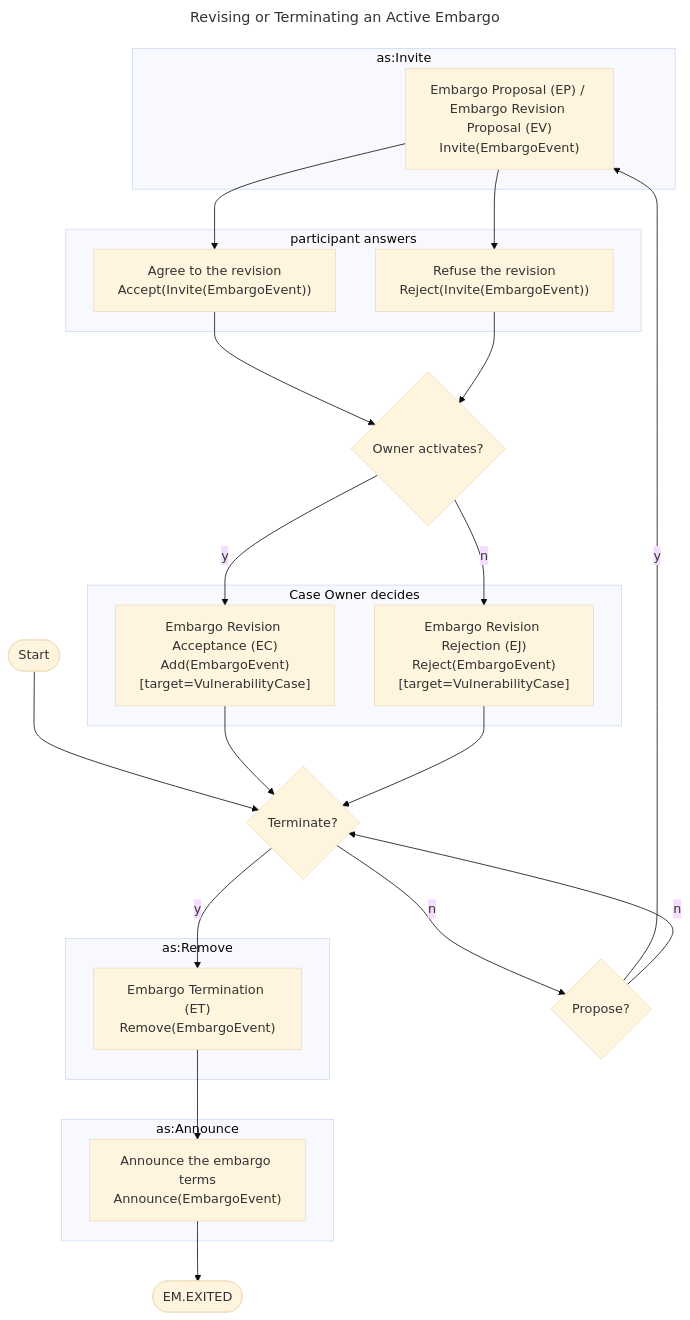
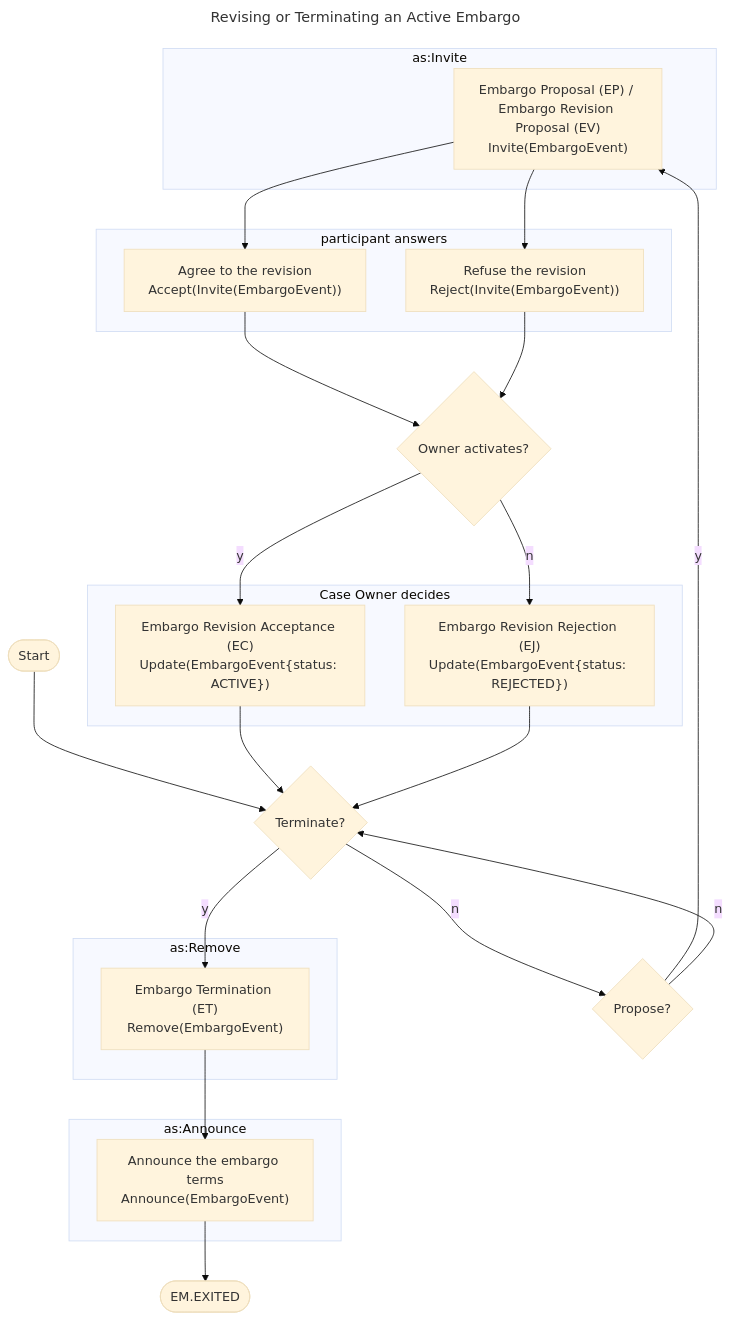
One commit to CERTCC/Vultron changed the diagram in docs/howto/activitypub/activities/manage_embargo.md. Above: the diagram before and after it, drawn with Mermaid (base theme). The commit also changed other lines of this file and 145 other files, not shown here.

First line of the commit message:
feat(embargo): the Case Owner decides a proposal with its own Update of the embargo's status

````diff
--- a/docs/howto/activitypub/activities/manage_embargo.md
+++ b/docs/howto/activitypub/activities/manage_embargo.md
@@ -41,38 +41,38 @@
 ```mermaid
 ---
 title: Revising or Terminating an Active Embargo
 ---
 flowchart TB
     subgraph as:Invite
         EmProposeEmbargo["Embargo Proposal (EP) / Embargo Revision Proposal (EV)<br/>Invite(EmbargoEvent)"]
     end
     subgraph participant answers
         EmAcceptEmbargo["Agree to the revision<br/>Accept(Invite(EmbargoEvent))"]
         EmRejectEmbargo["Refuse the revision<br/>Reject(Invite(EmbargoEvent))"]
     end
     subgraph Case Owner decides
-        ActivateEmbargo["Embargo Revision Acceptance (EC)<br/>Add(EmbargoEvent)[target=VulnerabilityCase]"]
-        RejectEmbargoProposal["Embargo Revision Rejection (EJ)<br/>Reject(EmbargoEvent)[target=VulnerabilityCase]"]
+        ActivateEmbargo["Embargo Revision Acceptance (EC)<br/>Update(EmbargoEvent{status: ACTIVE})"]
+        RejectEmbargoProposal["Embargo Revision Rejection (EJ)<br/>Update(EmbargoEvent{status: REJECTED})"]
     end
     subgraph as:Remove
         RemoveEmbargoFromCase["Embargo Termination (ET)<br/>Remove(EmbargoEvent)"]
     end
     subgraph as:Announce
         AnnounceEmbargo["Announce the embargo terms<br/>Announce(EmbargoEvent)"]
     end
     start([Start]) --> t{Terminate?}
     t -->|n| p{Propose?}
     p -->|y| EmProposeEmbargo
     p -->|n| t
     EmProposeEmbargo --> EmAcceptEmbargo
     EmProposeEmbargo --> EmRejectEmbargo
     EmAcceptEmbargo --> d{Owner activates?}
     EmRejectEmbargo --> d
     d -->|y| ActivateEmbargo
     d -->|n| RejectEmbargoProposal
     ActivateEmbargo --> t
     RejectEmbargoProposal --> t
     t -->|y| RemoveEmbargoFromCase
     RemoveEmbargoFromCase --> AnnounceEmbargo
     AnnounceEmbargo --> exited([EM.EXITED])
 ```
````
